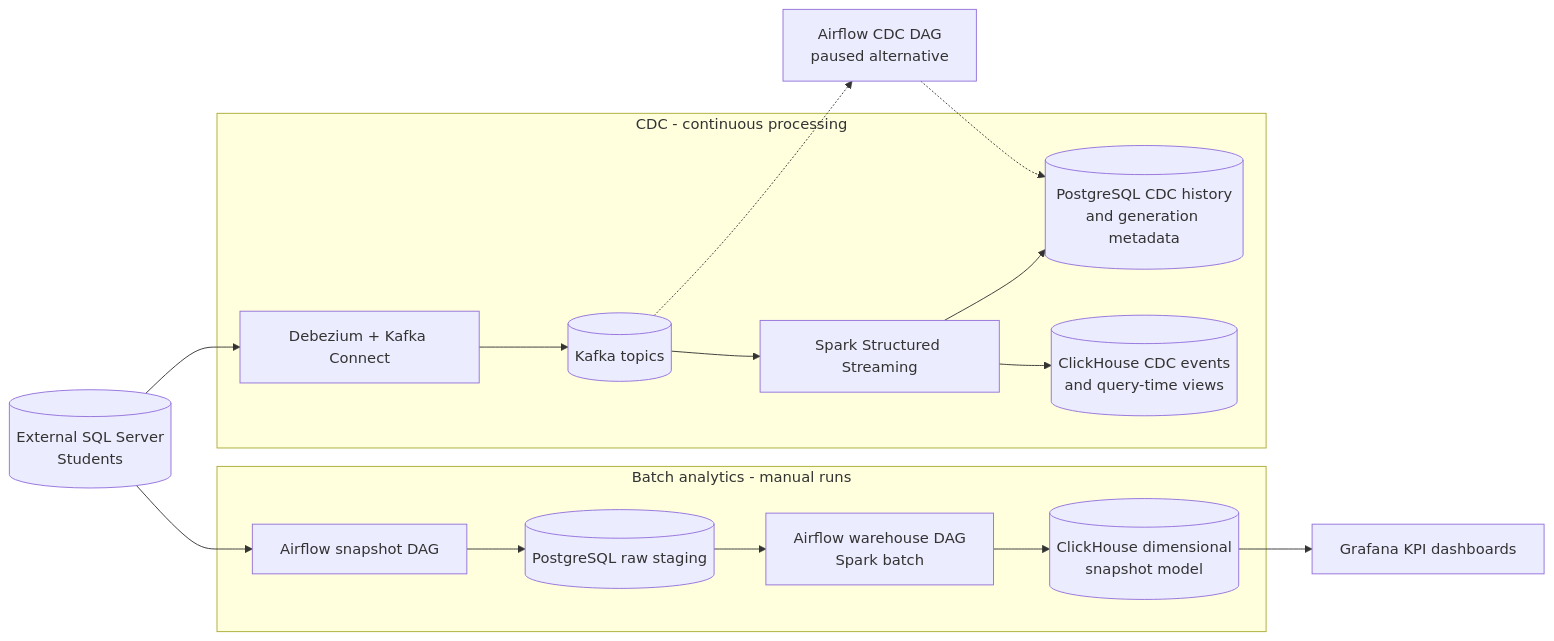
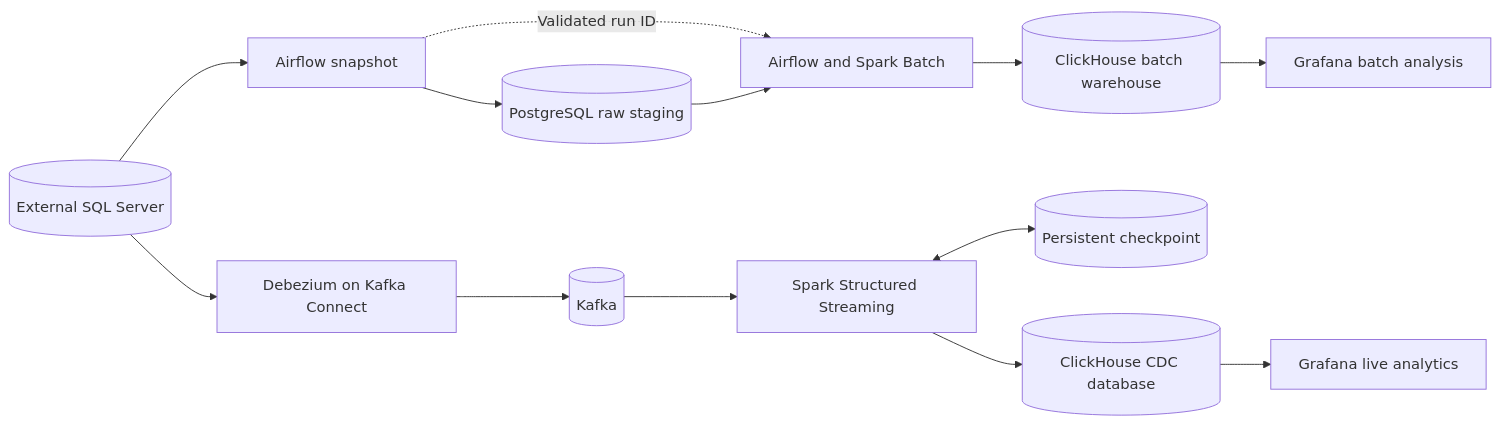
One commit to pzolfaghari72/students-data-engineering-platform changed the diagram in README.md. Above: the diagram before and after it, drawn with Mermaid. The commit also changed other lines of this file and 127 other files, not shown here.

````diff
--- a/README.md
+++ b/README.md
@@ -35,32 +5,16 @@
 ```mermaid
 flowchart LR
-    SQL[("External SQL Server<br/>Students")]
-
-    subgraph Batch["Batch analytics - manual runs"]
-        Extract[Airflow snapshot DAG]
-        Raw[(PostgreSQL raw staging)]
-        Build["Airflow warehouse DAG<br/>Spark batch"]
-        Model[("ClickHouse dimensional<br/>snapshot model")]
-        Extract --> Raw --> Build --> Model
-    end
-
-    subgraph Streaming["CDC - continuous processing"]
-        Debezium[Debezium + Kafka Connect]
-        Kafka[(Kafka topics)]
-        SparkCDC[Spark Structured Streaming]
-        History[("PostgreSQL CDC history<br/>and generation metadata")]
-        Events[("ClickHouse CDC events<br/>and query-time views")]
-        Debezium --> Kafka --> SparkCDC
-        SparkCDC --> History
-        SparkCDC --> Events
-    end
-
-    Legacy["Airflow CDC DAG<br/>paused alternative"]
-    Grafana[Grafana KPI dashboards]
-
-    SQL --> Extract
-    SQL --> Debezium
-    Kafka -.-> Legacy
-    Legacy -.-> History
-    Model --> Grafana
+    SQL[(External SQL Server)]
+    SQL --> A[Airflow snapshot]
+    A --> P[(PostgreSQL raw staging)]
+    A -. Validated run ID .-> B[Airflow and Spark Batch]
+    P --> B
+    B --> W[(ClickHouse batch warehouse)]
+    SQL --> D[Debezium on Kafka Connect]
+    D --> K[(Kafka)]
+    K --> S[Spark Structured Streaming]
+    S <--> C[(Persistent checkpoint)]
+    S --> L[(ClickHouse CDC database)]
+    W --> G[Grafana batch analysis]
+    L --> H[Grafana live analytics]
 ```
````
